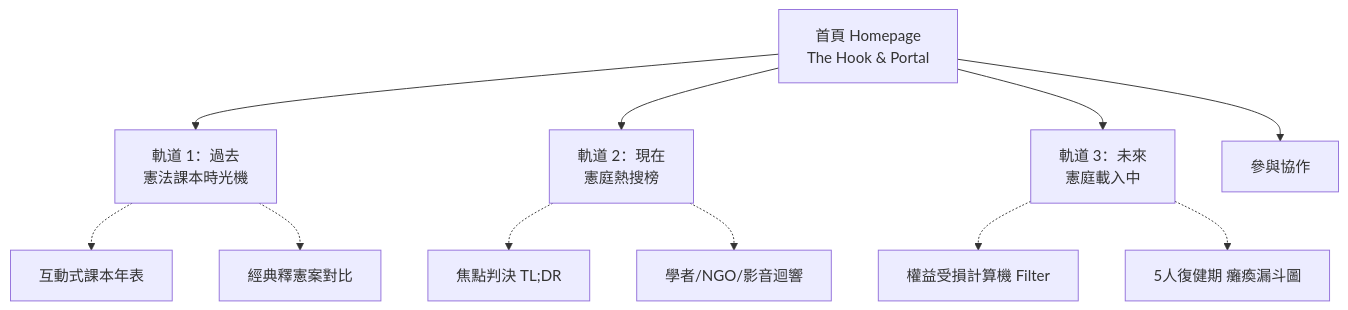
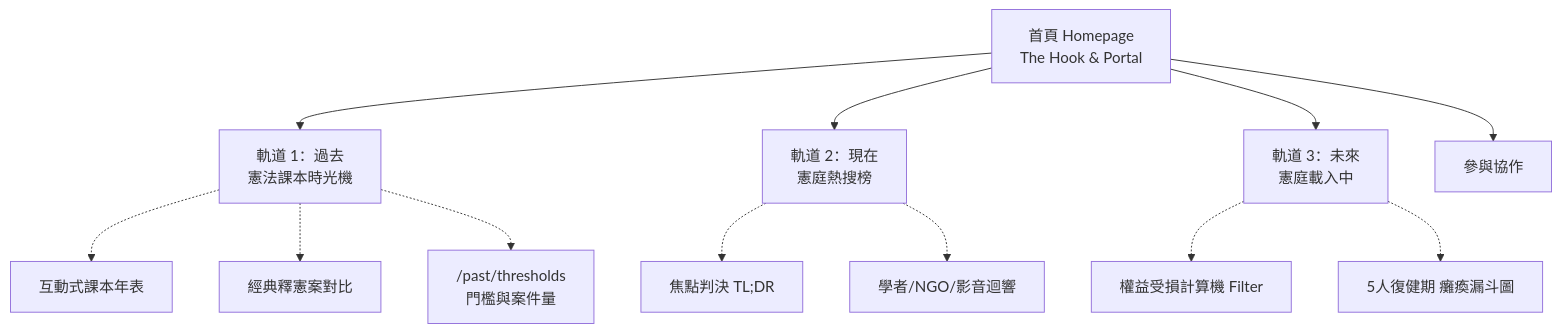
One commit to ipaaa/constitution changed the diagram in docs/project/architecture.md. Above: the diagram before and after it, drawn with Mermaid. The commit also changed other lines of this file and 22 other files, not shown here.

First line of the commit message:
feat(012): 門檻與案件量視覺化 /past/thresholds

````diff
--- a/docs/project/architecture.md
+++ b/docs/project/architecture.md
@@ -7,16 +7,17 @@
 ```mermaid
 graph TD
     Home[首頁 Homepage<br>The Hook & Portal] --> Past[軌道 1：過去<br>憲法課本時光機]
     Home --> Present[軌道 2：現在<br>憲庭熱搜榜]
     Home --> Future[軌道 3：未來<br>憲庭載入中]
     Home --> Join[參與協作]
 
     Past -.-> P1[互動式課本年表]
     Past -.-> P2[經典釋憲案對比]
+    Past -.-> P3["/past/thresholds<br>門檻與案件量"]
     
     Present -.-> PR1[焦點判決 TL;DR]
     Present -.-> PR2[學者/NGO/影音迴響]
     
     Future -.-> F1[權益受損計算機 Filter]
     Future -.-> F2[5人復健期 癱瘓漏斗圖]
 ```
````
